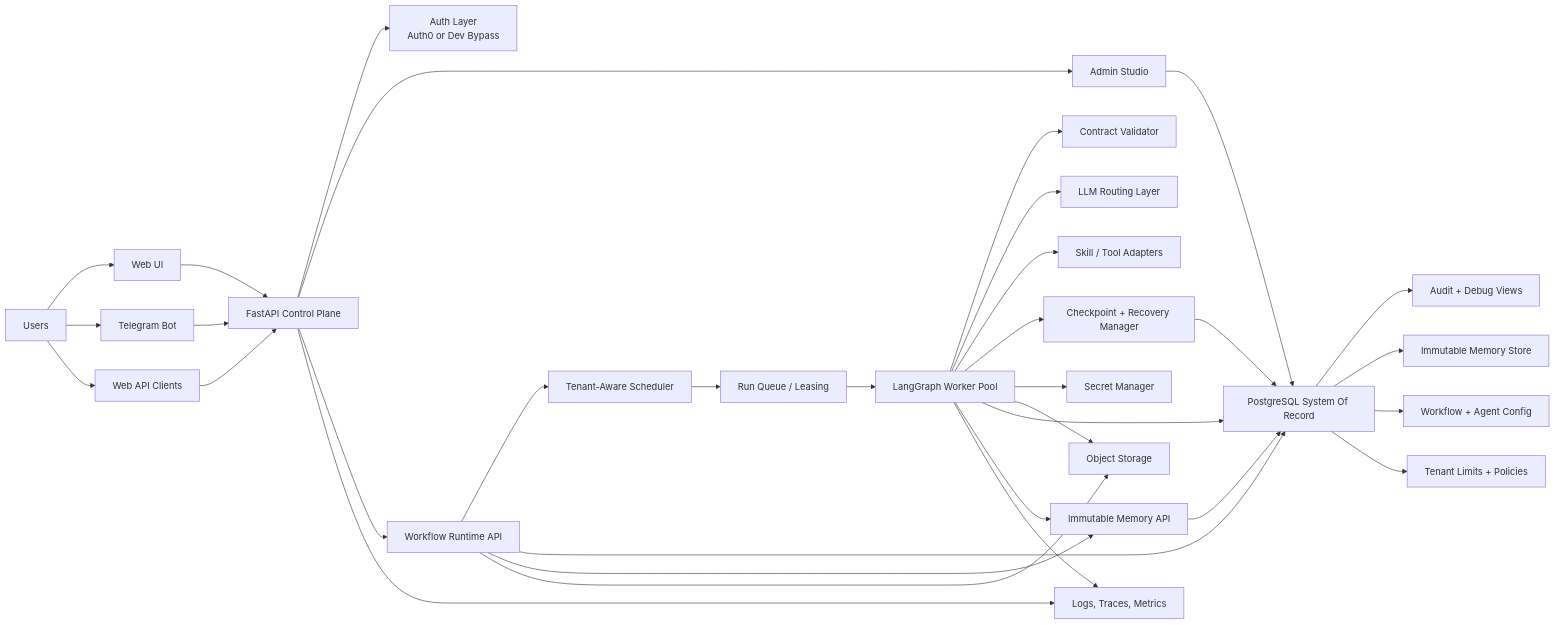
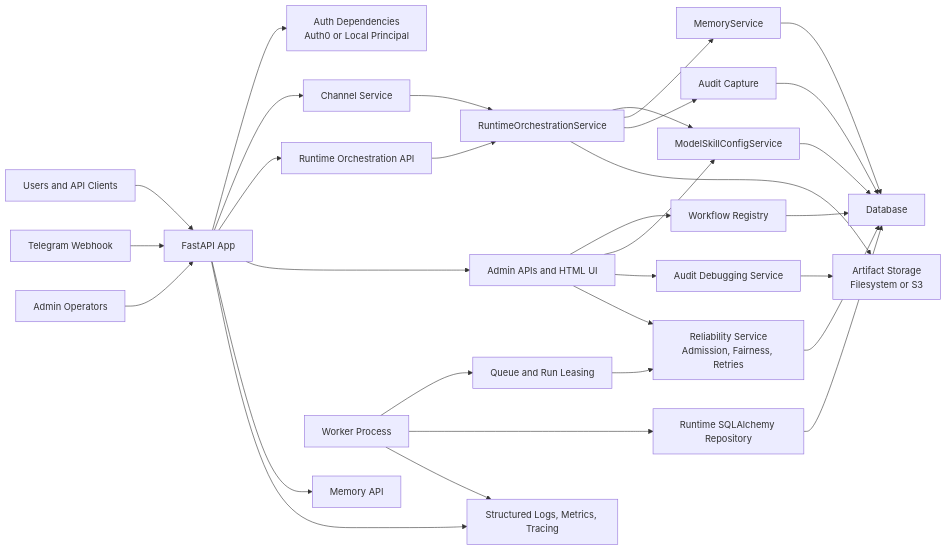
One commit to scott5252/multi-agent changed the diagram in docs/architecture.md. Above: the diagram before and after it, drawn with Mermaid. The commit also changed other lines of this file and 2 other files, not shown here.

````diff
--- a/docs/architecture.md
+++ b/docs/architecture.md
@@ -64,42 +52,39 @@
 ```mermaid
 flowchart LR
-    User["Users"] --> Web["Web UI"]
-    User --> Telegram["Telegram Bot"]
-    User --> API["Web API Clients"]
+    User["Users and API Clients"] --> FastAPI["FastAPI App"]
+    Telegram["Telegram Webhook"] --> FastAPI
+    Admin["Admin Operators"] --> FastAPI
 
-    Web --> FastAPI["FastAPI Control Plane"]
-    Telegram --> FastAPI
-    API --> FastAPI
+    FastAPI --> Auth["Auth Dependencies\nAuth0 or Local Principal"]
+    FastAPI --> Channels["Channel Service"]
+    FastAPI --> RuntimeAPI["Runtime Orchestration API"]
+    FastAPI --> AdminAPIs["Admin APIs and HTML UI"]
+    FastAPI --> MemoryAPI["Memory API"]
 
-    FastAPI --> Auth["Auth Layer\nAuth0 or Dev Bypass"]
-    FastAPI --> Admin["Admin Studio"]
-    FastAPI --> RuntimeAPI["Workflow Runtime API"]
+    Channels --> RuntimeService["RuntimeOrchestrationService"]
+    RuntimeAPI --> RuntimeService
+    RuntimeService --> ConfigService["ModelSkillConfigService"]
+    RuntimeService --> MemoryService["MemoryService"]
+    RuntimeService --> AuditCapture["Audit Capture"]
 
-    RuntimeAPI --> Scheduler["Tenant-Aware Scheduler"]
-    Scheduler --> Queue["Run Queue / Leasing"]
-    Queue --> Workers["LangGraph Worker Pool"]
+    Workers["Worker Process"] --> Queue["Queue and Run Leasing"]
+    Workers --> RuntimeRepo["Runtime SQLAlchemy Repository"]
+    Queue --> Reliability["Reliability Service\nAdmission, Fairness, Retries"]
 
-    Workers --> Contracts["Contract Validator"]
-    Workers --> Models["LLM Routing Layer"]
-    Workers --> Tools["Skill / Tool Adapters"]
-    Workers --> Recovery["Checkpoint + Recovery Manager"]
-    Workers --> Secrets["Secret Manager"]
-    Workers --> Artifacts["Object Storage"]
+    AdminAPIs --> WorkflowRegistry["Workflow Registry"]
+    AdminAPIs --> ConfigService
+    AdminAPIs --> AuditDebug["Audit Debugging Service"]
+    AdminAPIs --> Reliability
 
-    RuntimeAPI --> Postgres["PostgreSQL System Of Record"]
-    Workers --> Postgres
-    Admin --> Postgres
-    RuntimeAPI --> MemoryAPI["Immutable Memory API"]
-    Workers --> MemoryAPI
-    MemoryAPI --> Postgres
-    Recovery --> Postgres
-    RuntimeAPI --> Artifacts
+    RuntimeRepo --> DB["Database"]
+    WorkflowRegistry --> DB
+    ConfigService --> DB
+    MemoryService --> DB
+    AuditCapture --> DB
+    Reliability --> DB
 
-    Postgres --> Audit["Audit + Debug Views"]
-    Postgres --> Memory["Immutable Memory Store"]
-    Postgres --> Config["Workflow + Agent Config"]
-    Postgres --> Tenancy["Tenant Limits + Policies"]
-
-    FastAPI --> Observability["Logs, Traces, Metrics"]
+    RuntimeService --> Storage["Artifact Storage\nFilesystem or S3"]
+    AuditDebug --> Storage
+    FastAPI --> Observability["Structured Logs, Metrics, Tracing"]
     Workers --> Observability
 ```
````
